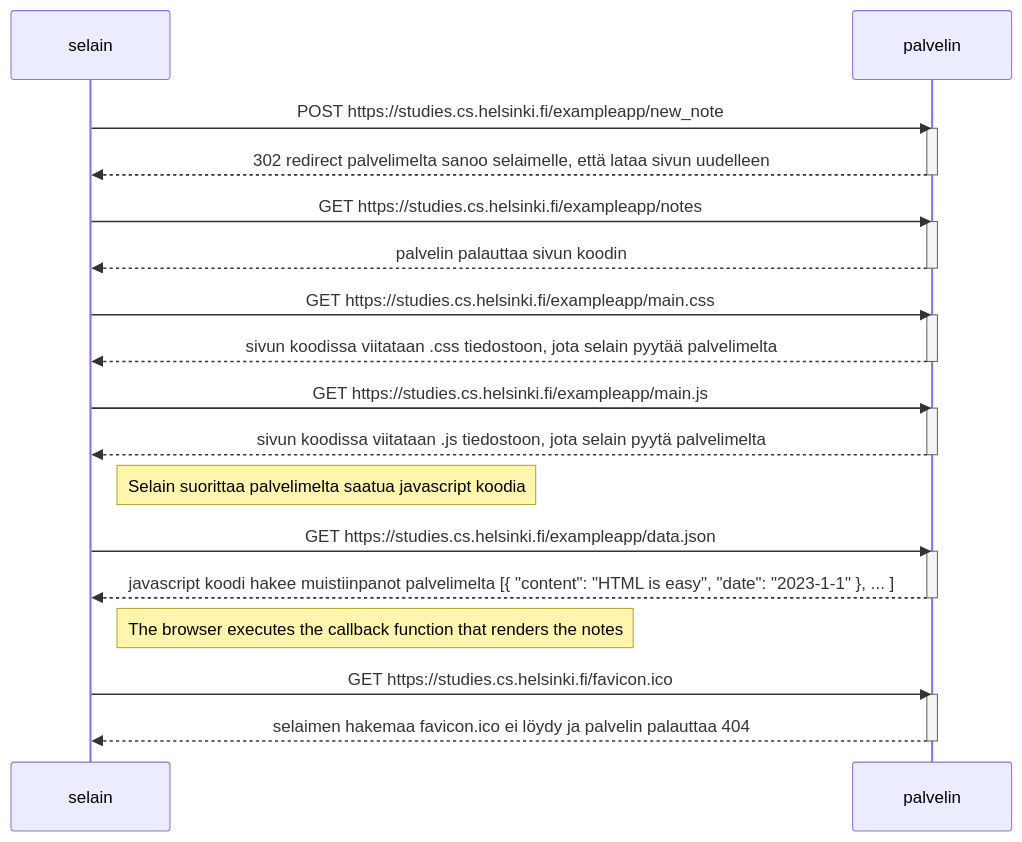
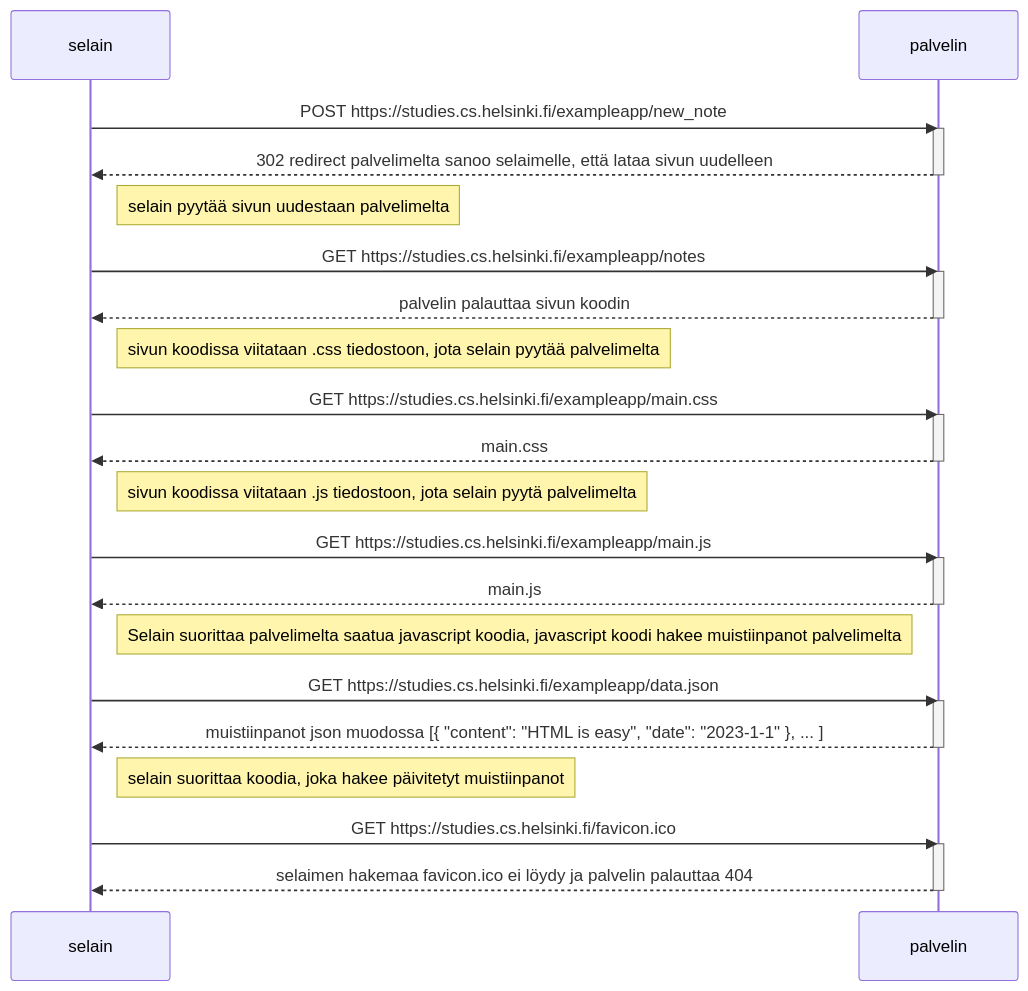
One commit to oliverhertzberg/fullstack_submissions changed the diagram in osa0/0.4.md. Above: the diagram before and after it, drawn with Mermaid.

````diff
--- a/osa0/0.4.md
+++ b/osa0/0.4.md
@@ -1,39 +1,43 @@
 ```mermaid
 sequenceDiagram
     participant selain
     participant palvelin
     
     selain->>palvelin: POST https://studies.cs.helsinki.fi/exampleapp/new_note
     activate palvelin
     palvelin-->>selain: 302 redirect palvelimelta sanoo selaimelle, että lataa sivun uudelleen
     deactivate palvelin
 
+    Note right of selain: selain pyytää sivun uudestaan palvelimelta
+
     selain->>palvelin: GET https://studies.cs.helsinki.fi/exampleapp/notes
     activate palvelin
     palvelin-->>selain: palvelin palauttaa sivun koodin
     deactivate palvelin
-    
+
+     Note right of selain: sivun koodissa viitataan .css tiedostoon, jota selain pyytää palvelimelta
     selain->>palvelin: GET https://studies.cs.helsinki.fi/exampleapp/main.css
     activate palvelin
-    palvelin-->>selain: sivun koodissa viitataan .css tiedostoon, jota selain pyytää palvelimelta
+    palvelin-->>selain: main.css
+    deactivate palvelin
+
+     Note right of selain: sivun koodissa viitataan .js tiedostoon, jota selain pyytä palvelimelta
+    selain->>palvelin: GET https://studies.cs.helsinki.fi/exampleapp/main.js
+    activate palvelin
+    palvelin-->>selain: main.js
     deactivate palvelin
     
-    selain->>palvelin: GET https://studies.cs.helsinki.fi/exampleapp/main.js
-    activate palvelin
-    palvelin-->>selain: sivun koodissa viitataan .js tiedostoon, jota selain pyytä palvelimelta
-    deactivate palvelin
-    
-    Note right of selain: Selain suorittaa palvelimelta saatua javascript koodia
+    Note right of selain: Selain suorittaa palvelimelta saatua javascript koodia, javascript koodi hakee muistiinpanot palvelimelta
     
     selain->>palvelin: GET https://studies.cs.helsinki.fi/exampleapp/data.json
     activate palvelin
-    palvelin-->>selain:javascript koodi hakee muistiinpanot palvelimelta [{ "content": "HTML is easy", "date": "2023-1-1" }, ... ]
+    palvelin-->>selain:muistiinpanot json muodossa [{ "content": "HTML is easy", "date": "2023-1-1" }, ... ]
     deactivate palvelin    
 
-    Note right of selain: The browser executes the callback function that renders the notes
+    Note right of selain: selain suorittaa koodia, joka hakee päivitetyt muistiinpanot
 
     selain->>palvelin: GET https://studies.cs.helsinki.fi/favicon.ico
     activate palvelin
     palvelin-->>selain: selaimen hakemaa favicon.ico ei löydy ja palvelin palauttaa 404 
     deactivate palvelin
 ```
````
